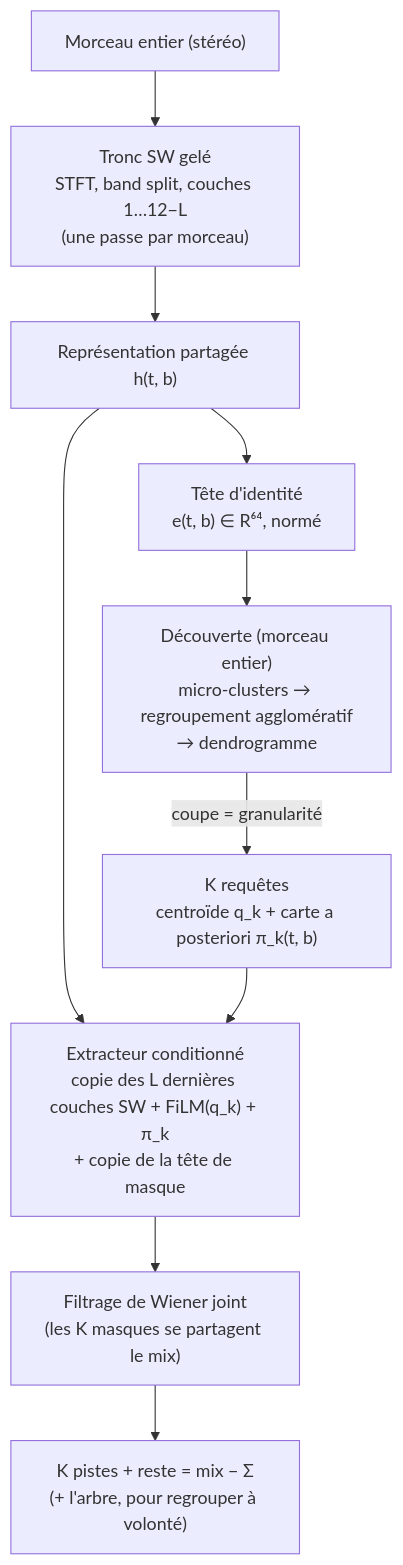
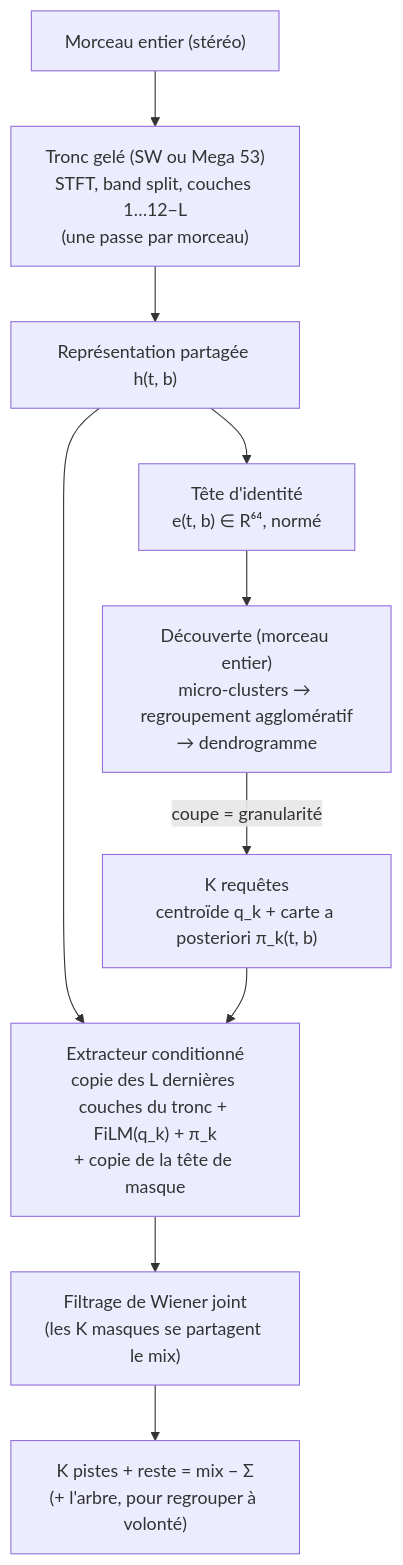
The second of 2 diagrams in docs/plan-v2.md (lucastabary/priism), drawn with Mermaid before and after one commit. The commit also changed other lines of this file, not shown here.

First line of the commit message:
Plan v2: literature review folded in (MuS3D, SepTDA, Banquet, MixIT on music, Slakh/SynthSOD transfer), Mega 53 as trunk and hierarchical teacher, mshoxxDB as the electronic judge, references

````diff
--- a/docs/plan-v2.md
+++ b/docs/plan-v2.md
@@ -117,12 +160,12 @@
 ```mermaid
 flowchart TB
-    mix["Morceau entier (stéréo)"] --> trunk["Tronc SW gelé<br/>STFT, band split, couches 1…12−L<br/>(une passe par morceau)"]
+    mix["Morceau entier (stéréo)"] --> trunk["Tronc gelé (SW ou Mega 53)<br/>STFT, band split, couches 1…12−L<br/>(une passe par morceau)"]
     trunk --> H["Représentation partagée h(t, b)"]
     H --> E["Tête d'identité<br/>e(t, b) ∈ R⁶⁴, normé"]
     E --> D["Découverte (morceau entier)<br/>micro-clusters → regroupement agglomératif<br/>→ dendrogramme"]
     D -->|"coupe = granularité"| Q["K requêtes<br/>centroïde q_k + carte a posteriori π_k(t, b)"]
     H --> X
-    Q --> X["Extracteur conditionné<br/>copie des L dernières couches SW + FiLM(q_k) + π_k<br/>+ copie de la tête de masque"]
+    Q --> X["Extracteur conditionné<br/>copie des L dernières couches du tronc + FiLM(q_k) + π_k<br/>+ copie de la tête de masque"]
     X --> W["Filtrage de Wiener joint<br/>(les K masques se partagent le mix)"]
     W --> out["K pistes + reste = mix − Σ<br/>(+ l'arbre, pour regrouper à volonté)"]
 ```
````
